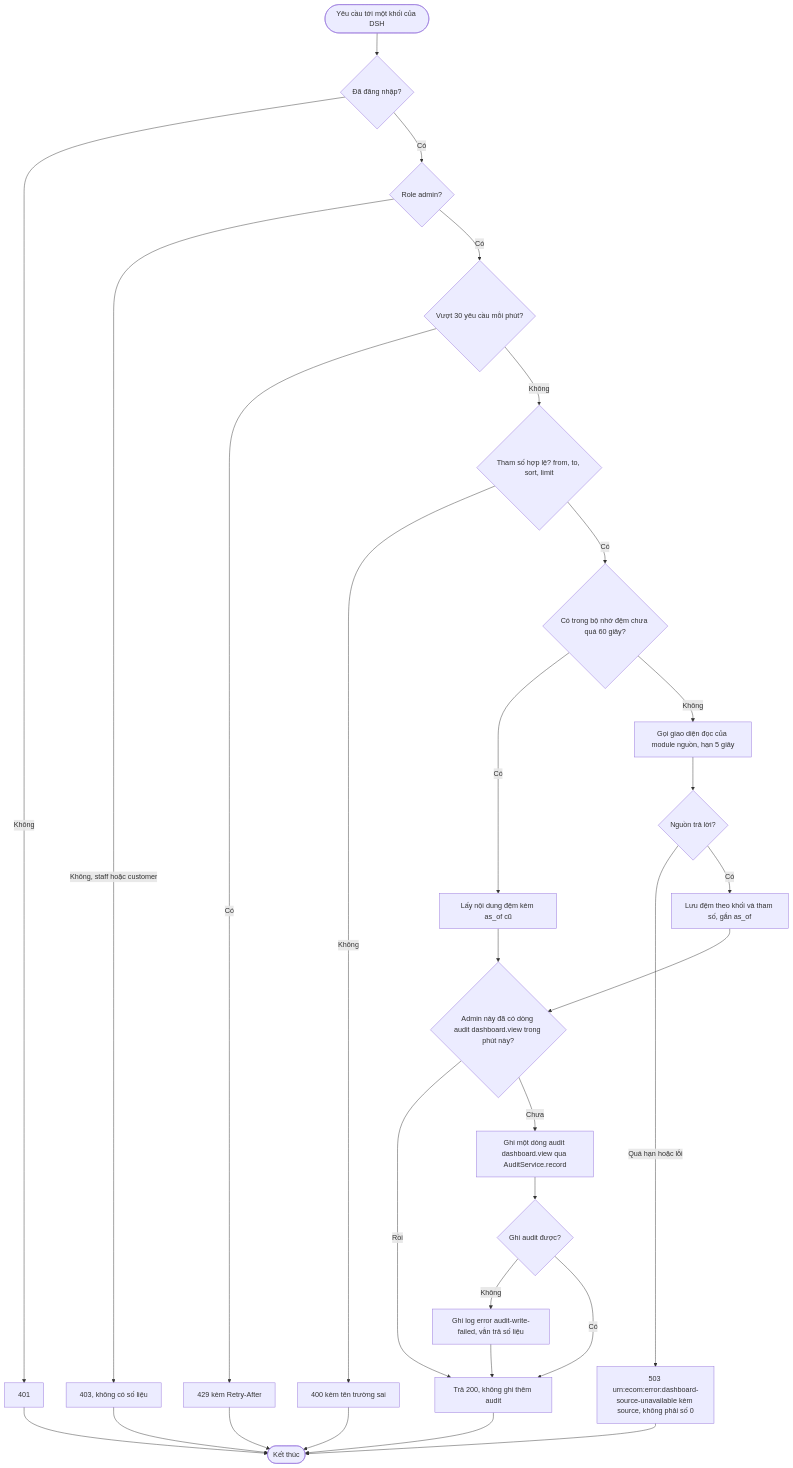
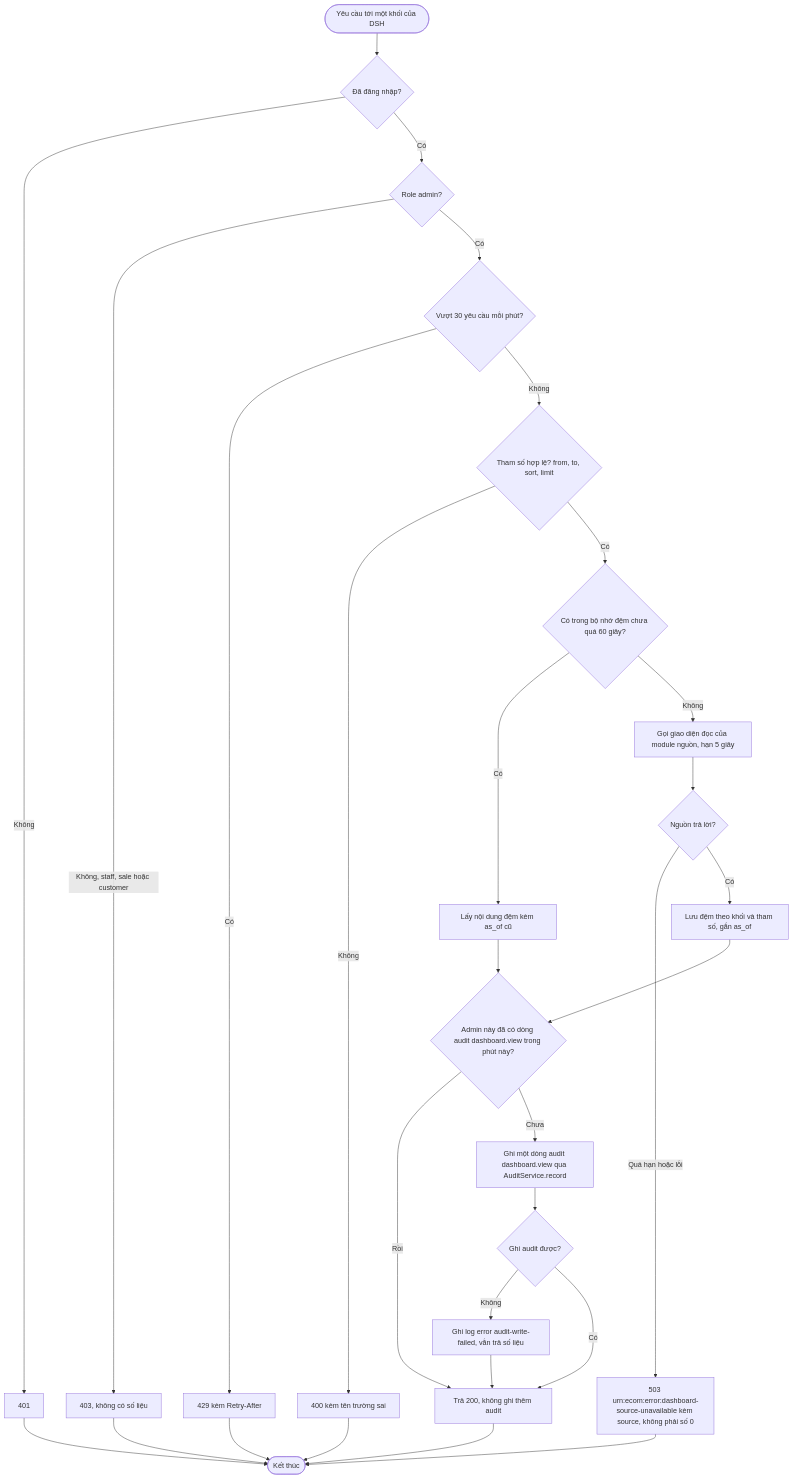
Before and after one commit to bvminh-dev/Min-SDLC: the first of 2 diagrams in spec/epics/DSH/flows/DSH-FLOW-20261006-105126642.md, drawn with Mermaid. The commit also changed 626 other files, not shown here.

````diff
--- a/spec/epics/DSH/flows/DSH-FLOW-20261006-105126642.md
+++ b/spec/epics/DSH/flows/DSH-FLOW-20261006-105126642.md
@@ -12,31 +12,31 @@
 ```mermaid
 flowchart TD
     A([Yêu cầu tới một khối của DSH]) --> B{Đã đăng nhập?}
     B -- Không --> E401[401]
     B -- Có --> C{Role admin?}
-    C -- Không, staff hoặc customer --> E403[403, không có số liệu]
+    C -- Không, staff, sale hoặc customer --> E403[403, không có số liệu]
     C -- Có --> R{Vượt 30 yêu cầu mỗi phút?}
     R -- Có --> E429[429 kèm Retry-After]
     R -- Không --> D{Tham số hợp lệ? from, to, sort, limit}
     D -- Không --> E400[400 kèm tên trường sai]
     D -- Có --> F{Có trong bộ nhớ đệm chưa quá 60 giây?}
     F -- Có --> OK[Lấy nội dung đệm kèm as_of cũ]
     F -- Không --> G[Gọi giao diện đọc của module nguồn, hạn 5 giây]
     G --> H{Nguồn trả lời?}
     H -- Quá hạn hoặc lỗi --> E503[503 urn:ecom:error:dashboard-source-unavailable kèm source, không phải số 0]
     H -- Có --> I[Lưu đệm theo khối và tham số, gắn as_of]
     I --> J{Admin này đã có dòng audit dashboard.view trong phút này?}
     OK --> J
     J -- Rồi --> M[Trả 200, không ghi thêm audit]
     J -- Chưa --> J1[Ghi một dòng audit dashboard.view qua AuditService.record]
     J1 --> K{Ghi audit được?}
     K -- Không --> L[Ghi log error audit-write-failed, vẫn trả số liệu]
     K -- Có --> M
     L --> M
     M --> Z([Kết thúc])
     E401 --> Z
     E403 --> Z
     E429 --> Z
     E400 --> Z
     E503 --> Z
 ```
````
